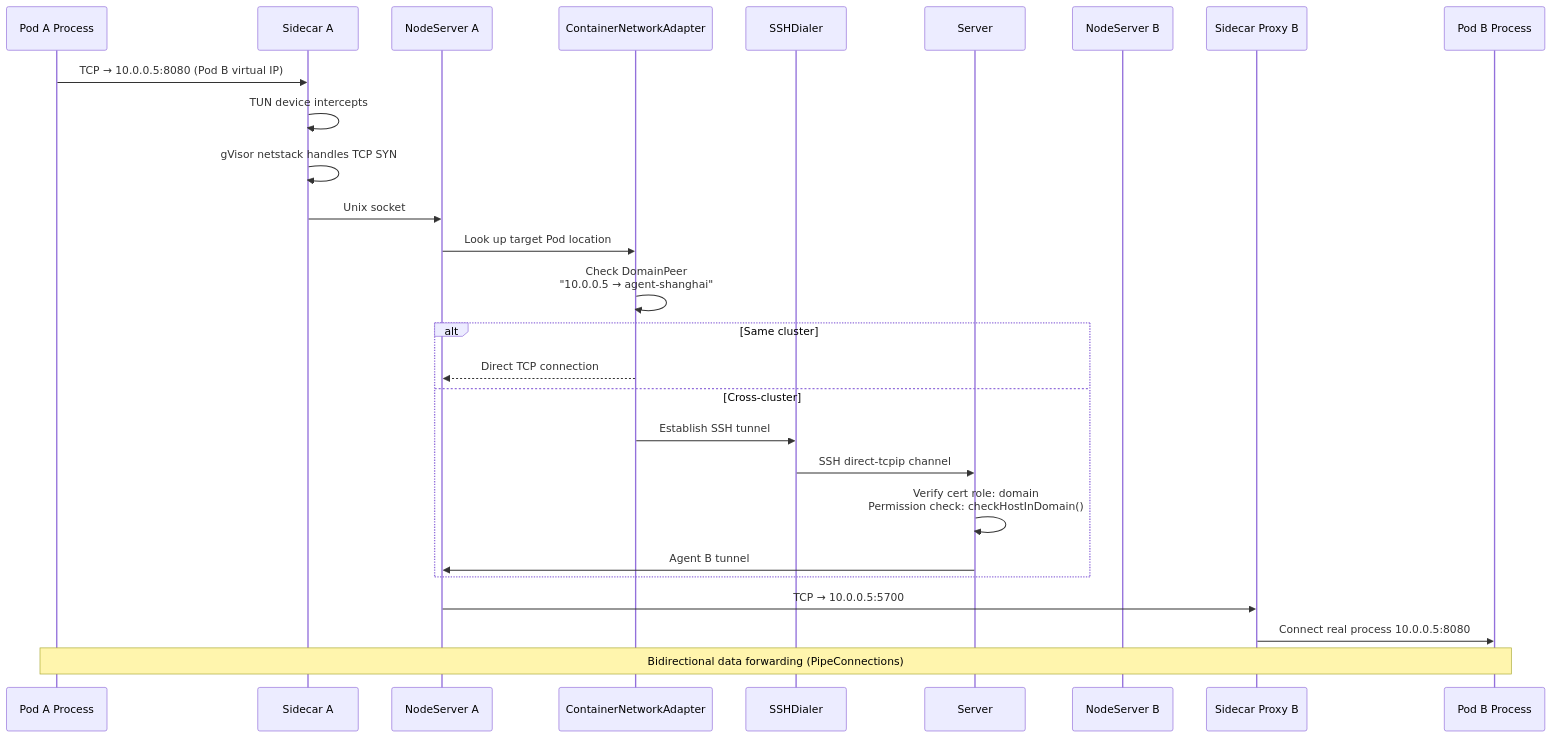
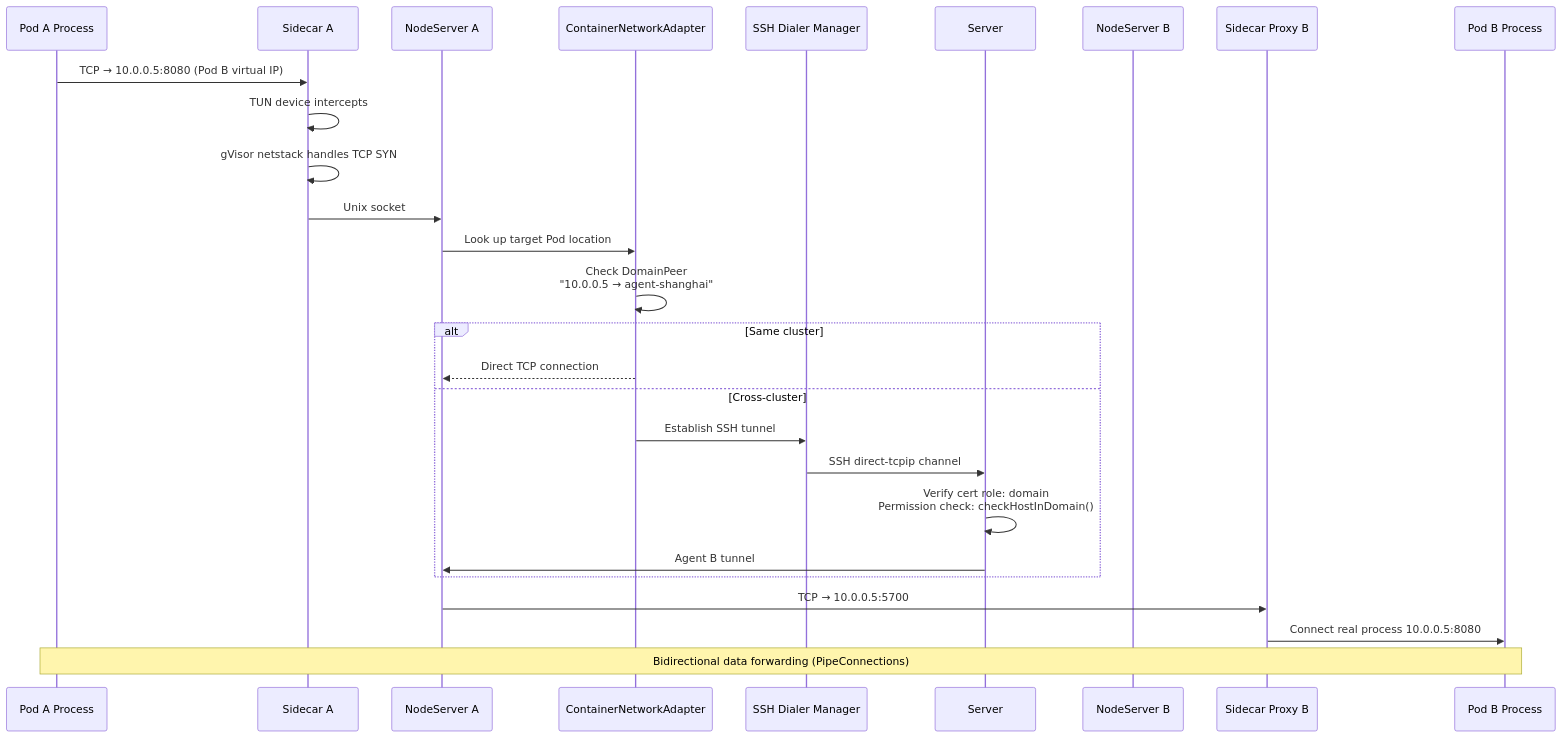
Before and after one commit to lkygithub/rlark-ci-test: the fifth of 8 diagrams in apps/rlark/docs/architecture.md, drawn with Mermaid. The commit also changed other lines of this file and 827 other files, not shown here.

````diff
--- a/apps/rlark/docs/architecture.md
+++ b/apps/rlark/docs/architecture.md
@@ -235,30 +245,30 @@
 ```mermaid
 sequenceDiagram
     participant PA as Pod A Process
     participant SA as Sidecar A
     participant NS as NodeServer A
     participant CNA as ContainerNetworkAdapter
-    participant SD as SSHDialer
+    participant SD as SSH Dialer Manager
     participant SRV as Server
     participant NB as NodeServer B
     participant SB as Sidecar Proxy B
     participant PB as Pod B Process
 
     PA->>SA: TCP → 10.0.0.5:8080 (Pod B virtual IP)
     SA->>SA: TUN device intercepts
     SA->>SA: gVisor netstack handles TCP SYN
     SA->>NS: Unix socket
     NS->>CNA: Look up target Pod location
     CNA->>CNA: Check DomainPeer<br/>"10.0.0.5 → agent-shanghai"
     alt Same cluster
         CNA-->>NS: Direct TCP connection
     else Cross-cluster
         CNA->>SD: Establish SSH tunnel
         SD->>SRV: SSH direct-tcpip channel
         SRV->>SRV: Verify cert role: domain<br/>Permission check: checkHostInDomain()
         SRV->>NS: Agent B tunnel
     end
     NS->>SB: TCP → 10.0.0.5:5700
     SB->>PB: Connect real process 10.0.0.5:8080
     Note over PA,PB: Bidirectional data forwarding (PipeConnections)
 ```
````
